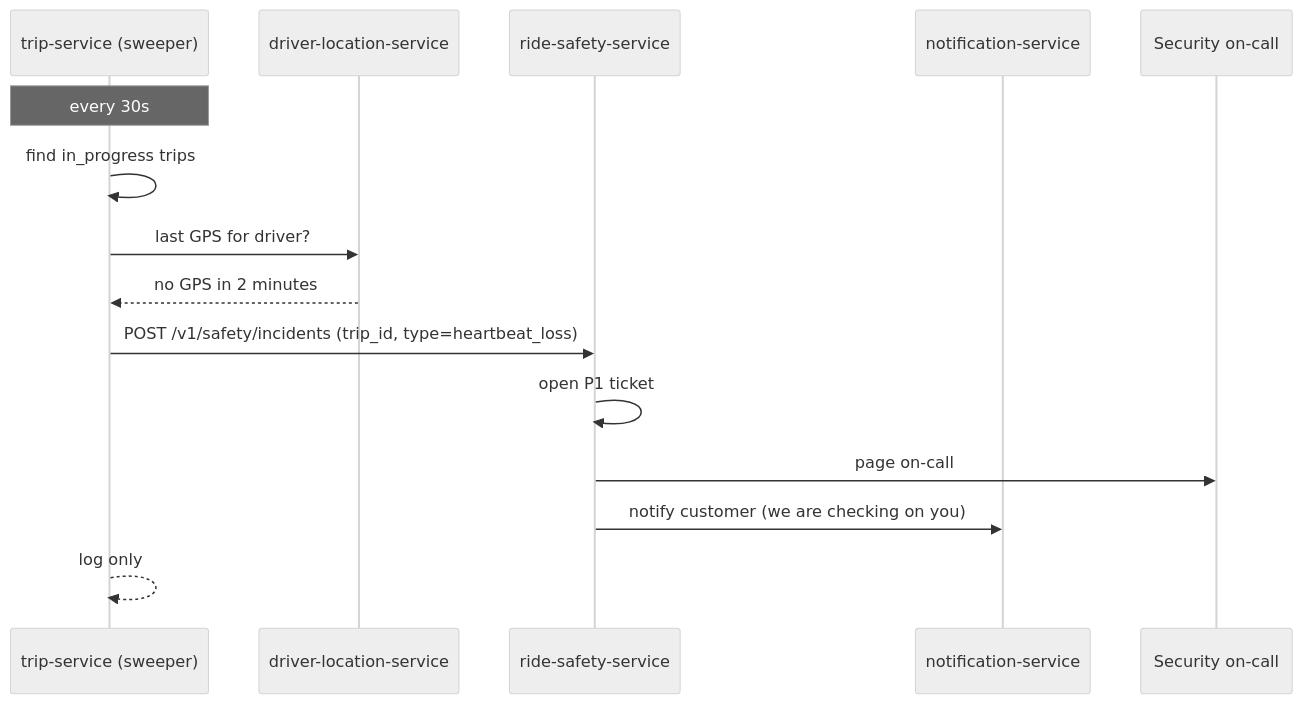
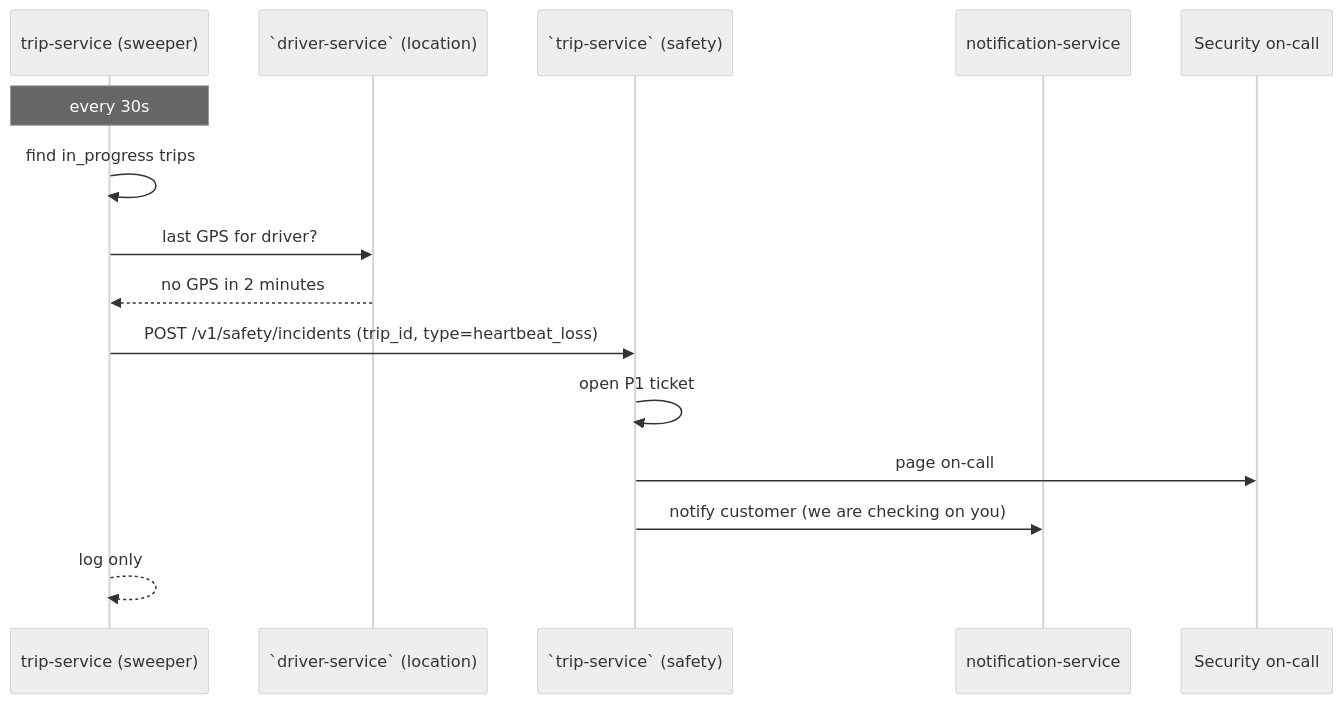
Before and after one commit to mohamedhabibwork/trips-enjoy-docs: the fifth of 9 diagrams in docs/services/trip-service/WORKFLOWS.md, drawn with Mermaid (neutral theme). The commit also changed other lines of this file and 525 other files, not shown here.

````diff
--- a/docs/services/trip-service/WORKFLOWS.md
+++ b/docs/services/trip-service/WORKFLOWS.md
@@ -413,18 +413,18 @@
 ```mermaid
 sequenceDiagram
     participant TS as trip-service (sweeper)
-    participant DL as driver-location-service
-    participant RS as ride-safety-service
+    participant DL as `driver-service` (location)
+    participant RS as `trip-service` (safety)
     participant NOT as notification-service
     participant SEC as Security on-call
 
     Note over TS: every 30s
     TS->>TS: find in_progress trips
     TS->>DL: last GPS for driver?
     DL-->>TS: no GPS in 2 minutes
     TS->>RS: POST /v1/safety/incidents (trip_id, type=heartbeat_loss)
     RS->>RS: open P1 ticket
     RS->>SEC: page on-call
     RS->>NOT: notify customer (we are checking on you)
     TS-->>TS: log only
 ```
````
